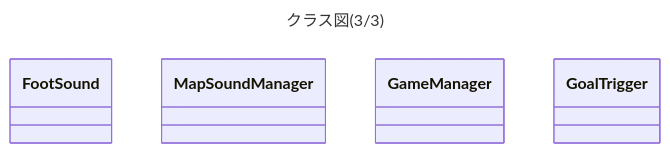
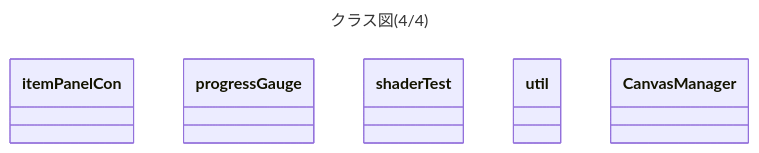
One commit to ICHINOMIYA1038/WashTown changed the fourth of 4 diagrams in README.md. Above: the diagram before and after it, drawn with Mermaid. The commit also changed other lines of this file, not shown here.

````diff
--- a/README.md
+++ b/README.md
@@ -125,12 +154,11 @@
 ```mermaid
 ---
-title: クラス図(3/3)
+title: クラス図(4/4)
 ---
     classDiagram
-    class FootSound
-    link FootSound "https://github.com/ICHINOMIYA1038/HideAndBeep/blob/main/Assets/Scripts/FootSound.cs"
-    class MapSoundManager
-    click MapSoundManager href "https://www.github.com" "This is a tooltip for a link"
-    class GameManager
-    class GoalTrigger
+    class itemPanelCon
+    class progressGauge
+    class shaderTest
+    class util
+    class CanvasManager
 ```
````
